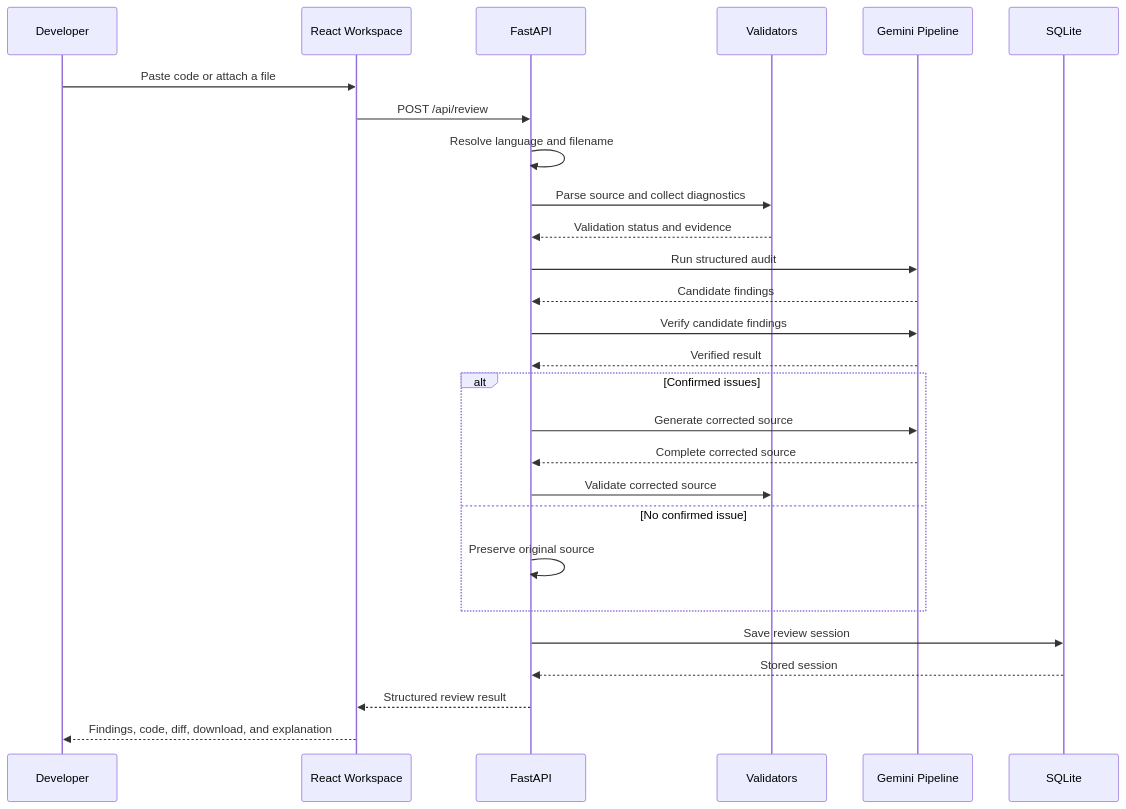
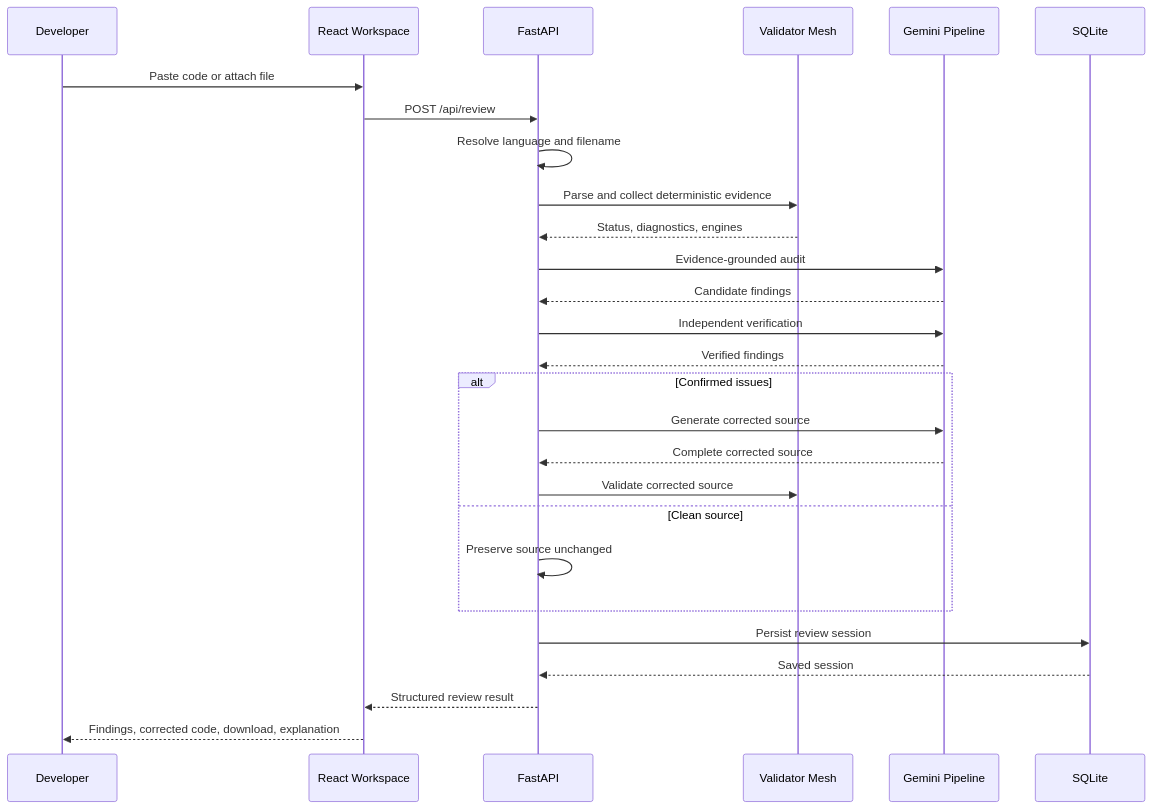
The second of 3 diagrams in DecodeLab-Intelligent Code Reviewer and Explainer/README.md (muhammadsaadjadoon/DecodeLabs-Internship), drawn with Mermaid before and after one commit. The commit also changed other lines of this file, not shown here.

````diff
--- a/DecodeLab-Intelligent Code Reviewer and Explainer/README.md
+++ b/DecodeLab-Intelligent Code Reviewer and Explainer/README.md
@@ -500,30 +533,30 @@
 ```mermaid
 sequenceDiagram
     participant Dev as Developer
     participant UI as React Workspace
     participant API as FastAPI
-    participant Val as Validators
+    participant Val as Validator Mesh
     participant AI as Gemini Pipeline
     participant DB as SQLite
 
-    Dev->>UI: Paste code or attach a file
+    Dev->>UI: Paste code or attach file
     UI->>API: POST /api/review
     API->>API: Resolve language and filename
-    API->>Val: Parse source and collect diagnostics
-    Val-->>API: Validation status and evidence
-    API->>AI: Run structured audit
+    API->>Val: Parse and collect deterministic evidence
+    Val-->>API: Status, diagnostics, engines
+    API->>AI: Evidence-grounded audit
     AI-->>API: Candidate findings
-    API->>AI: Verify candidate findings
-    AI-->>API: Verified result
+    API->>AI: Independent verification
+    AI-->>API: Verified findings
     alt Confirmed issues
         API->>AI: Generate corrected source
         AI-->>API: Complete corrected source
         API->>Val: Validate corrected source
-    else No confirmed issue
-        API->>API: Preserve original source
+    else Clean source
+        API->>API: Preserve source unchanged
     end
-    API->>DB: Save review session
-    DB-->>API: Stored session
+    API->>DB: Persist review session
+    DB-->>API: Saved session
     API-->>UI: Structured review result
-    UI-->>Dev: Findings, code, diff, download, and explanation
+    UI-->>Dev: Findings, corrected code, download, explanation
 ```
````
